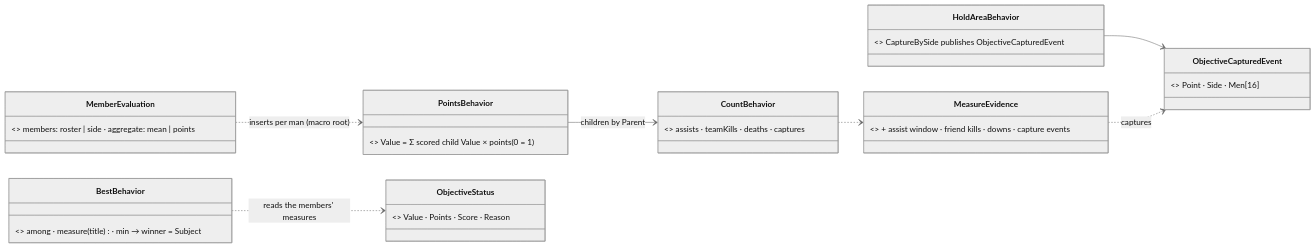
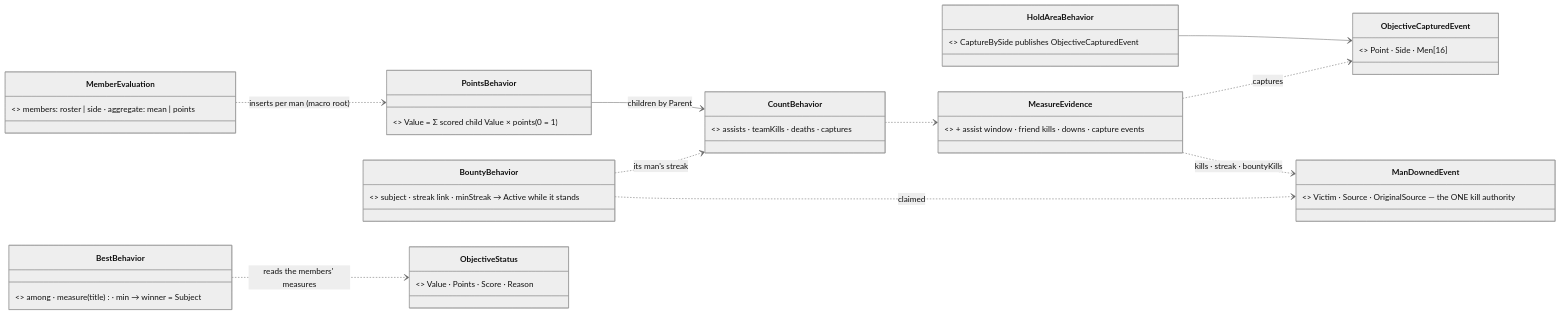
Before and after one commit to pjanec/HROT: diagram 15 of 26 in docs/DESIGN_Scenario_Rules.md, drawn with Mermaid (neutral theme). The commit also changed other lines of this file, not shown here.

First line of the commit message:
Design S7 P-8 (DESIGN_Scenario_Rules §00.13): streaks and the bounty on ManDownedEvent - Count streak / bestStreak / bountyKills, kind Bounty (Active while it stands), Message {subject}, two awards; ui's leans taken

````diff
--- a/docs/DESIGN_Scenario_Rules.md
+++ b/docs/DESIGN_Scenario_Rules.md
@@ -732,18 +732,23 @@
 ```mermaid
 classDiagram
     direction LR
     class MemberEvaluation { <<existing E-1 + members, aggregate>> members: roster | side · aggregate: mean | points }
     class PointsBehavior { <<NEW composite, role Measure>> Value = Σ scored child Value × points (0 = 1) }
     class CountBehavior { <<existing E-2 + 4 whats>> assists · teamKills · deaths · captures }
     class MeasureEvidence { <<existing, the ONE reader>> + assist window · friend kills · downs · capture events }
     class HoldAreaBehavior { <<existing G-1>> CaptureBySide publishes ObjectiveCapturedEvent }
     class ObjectiveCapturedEvent { <<NEW event>> Point · Side · Men[16] }
     class BestBehavior { <<NEW kind, the award>> among · measure (title) · min → winner = Subject }
+    class BountyBehavior { <<NEW kind P-8b>> subject · streak link · minStreak → Active while it stands }
+    class ManDownedEvent { <<behaviors CE-3364>> Victim · Source · OriginalSource — the ONE kill authority }
     class ObjectiveStatus { <<existing 171>> Value · Points · Score · Reason }
     MemberEvaluation ..> PointsBehavior : inserts per man (macro root)
     PointsBehavior --> CountBehavior : children by Parent
     CountBehavior ..> MeasureEvidence
     HoldAreaBehavior --> ObjectiveCapturedEvent
     MeasureEvidence ..> ObjectiveCapturedEvent : captures
     BestBehavior ..> ObjectiveStatus : reads the members' measures
+    MeasureEvidence ..> ManDownedEvent : kills · streak · bountyKills
+    BountyBehavior ..> CountBehavior : its man's streak
+    BountyBehavior ..> ManDownedEvent : claimed
 ```
````
